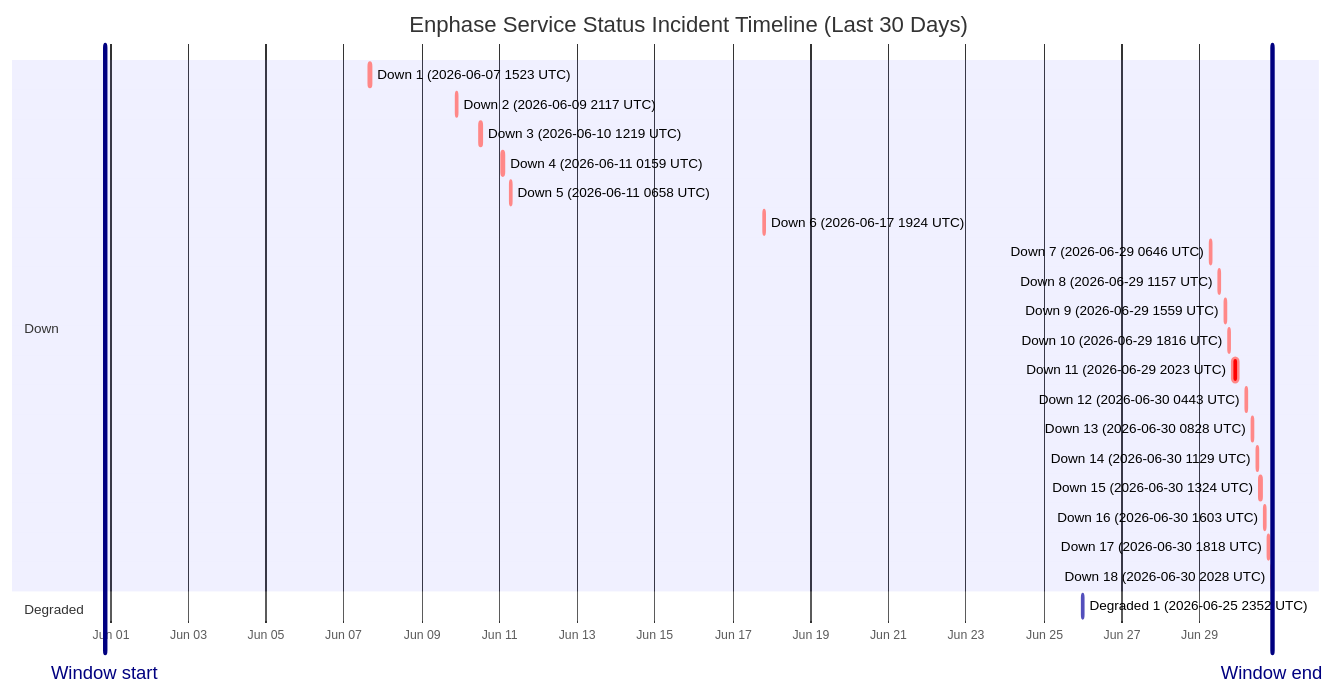
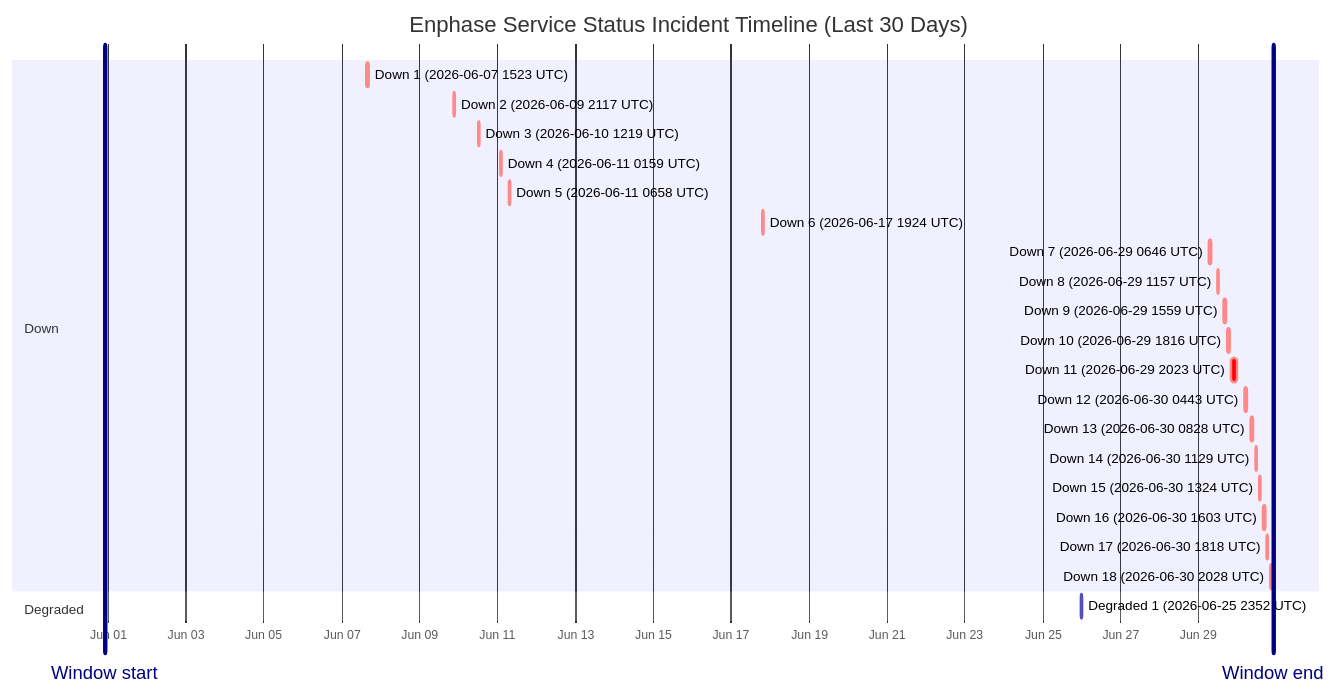
Before and after one commit to barneyonline/ha-enphase-energy: the diagram in wiki/Service-Status-History.md, drawn with Mermaid. The commit also changed other lines of this file and 3 other files, not shown here.

````diff
--- a/wiki/Service-Status-History.md
+++ b/wiki/Service-Status-History.md
@@ -14,29 +14,29 @@
 ```mermaid
 gantt
     title Enphase Service Status Incident Timeline (Last 30 Days)
     dateFormat  YYYY-MM-DDTHH:mm:ss
     axisFormat  %b %d
-    Window start :vert, window-start, 2026-05-31T20:28:54, 0ms
-    Window end :vert, window-end, 2026-06-30T20:28:54, 0ms
+    Window start :vert, window-start, 2026-05-31T21:58:52, 0ms
+    Window end :vert, window-end, 2026-06-30T21:58:52, 0ms
     section Down
     Down 1 (2026-06-07 1523 UTC) :crit, down-1, 2026-06-07T15:23:22, 87m
     Down 2 (2026-06-09 2117 UTC) :crit, down-2, 2026-06-09T21:17:17, 60m
     Down 3 (2026-06-10 1219 UTC) :crit, down-3, 2026-06-10T12:19:21, 60m
     Down 4 (2026-06-11 0159 UTC) :crit, down-4, 2026-06-11T01:59:36, 60m
     Down 5 (2026-06-11 0658 UTC) :crit, down-5, 2026-06-11T06:58:45, 60m
     Down 6 (2026-06-17 1924 UTC) :crit, down-6, 2026-06-17T19:24:51, 60m
     Down 7 (2026-06-29 0646 UTC) :crit, down-7, 2026-06-29T06:46:18, 60m
     Down 8 (2026-06-29 1157 UTC) :crit, down-8, 2026-06-29T11:57:36, 60m
     Down 9 (2026-06-29 1559 UTC) :crit, down-9, 2026-06-29T15:59:02, 60m
     Down 10 (2026-06-29 1816 UTC) :crit, down-10, 2026-06-29T18:16:38, 60m
     Down 11 (2026-06-29 2023 UTC) :crit, down-11, 2026-06-29T20:23:16, 220m
     Down 12 (2026-06-30 0443 UTC) :crit, down-12, 2026-06-30T04:43:54, 60m
     Down 13 (2026-06-30 0828 UTC) :crit, down-13, 2026-06-30T08:28:43, 60m
     Down 14 (2026-06-30 1129 UTC) :crit, down-14, 2026-06-30T11:29:15, 60m
     Down 15 (2026-06-30 1324 UTC) :crit, down-15, 2026-06-30T13:24:25, 60m
     Down 16 (2026-06-30 1603 UTC) :crit, down-16, 2026-06-30T16:03:26, 60m
     Down 17 (2026-06-30 1818 UTC) :crit, down-17, 2026-06-30T18:18:39, 60m
-    Down 18 (2026-06-30 2028 UTC) :crit, down-18, 2026-06-30T20:28:54, 60m
+    Down 18 (2026-06-30 2028 UTC) :crit, down-18, 2026-06-30T20:28:54, 89m
     section Degraded
     Degraded 1 (2026-06-25 2352 UTC) :active, degraded-1, 2026-06-25T23:52:01, 60m
 ```
````
